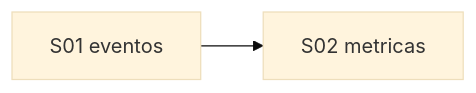
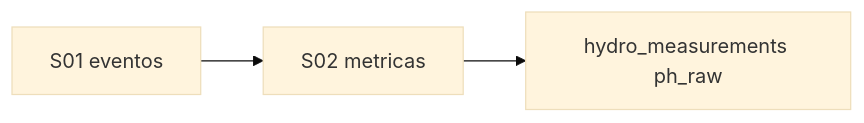
One commit to yhanusleverage/HIDROWAVE changed the diagram in docs/handoffs/ec/00_INDICE_SERIAL.md. Above: the diagram before and after it, drawn with Mermaid (base theme). The commit also changed other lines of this file and 18 other files, not shown here.

````diff
--- a/docs/handoffs/ec/00_INDICE_SERIAL.md
+++ b/docs/handoffs/ec/00_INDICE_SERIAL.md
@@ -18,4 +18,5 @@
 ```mermaid
 flowchart LR
   V1[S01 eventos] --> V3[S02 metricas]
+  V3 --> Hydro[hydro_measurements ph_raw]
 ```
````
